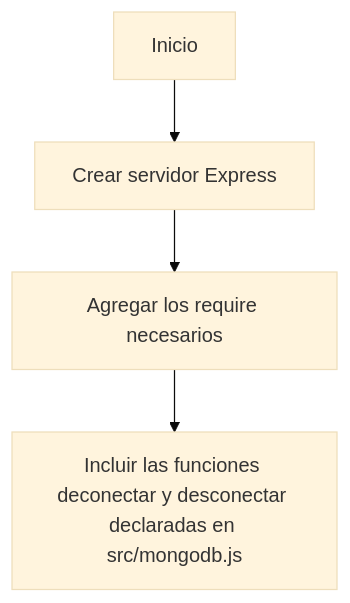
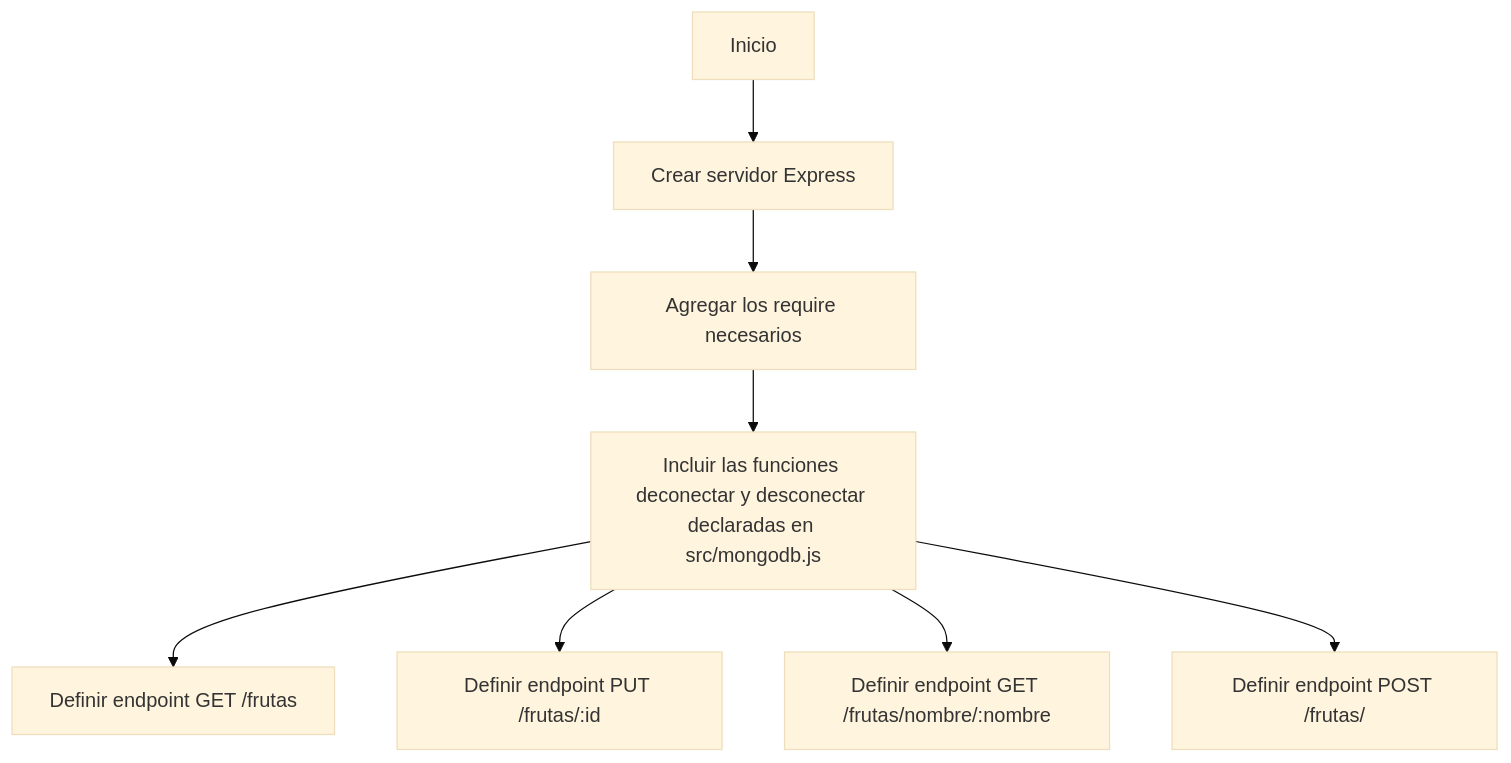
The second of 2 diagrams in README.md (carolinamendez0/IngeniasTpIntegrador), drawn with Mermaid (base theme) before and after one commit.

Commit message:
Se agregó la documentación del Api Frutas con grafico de prueba

````diff
--- a/README.md
+++ b/README.md
@@ -142,6 +142,10 @@
 ```mermaid
 graph TD
   A[Inicio] --> B[Crear servidor Express]
   B --> C[Agregar los require necesarios]
   C --> D[Incluir las funciones deconectar y desconectar declaradas en src/mongodb.js]
+  D --> E[Definir endpoint GET /frutas]
+  D --> F[Definir endpoint PUT /frutas/:id]
+  D --> G[Definir endpoint GET /frutas/nombre/:nombre]
+  D --> H[Definir endpoint POST /frutas/]
 ```
````
